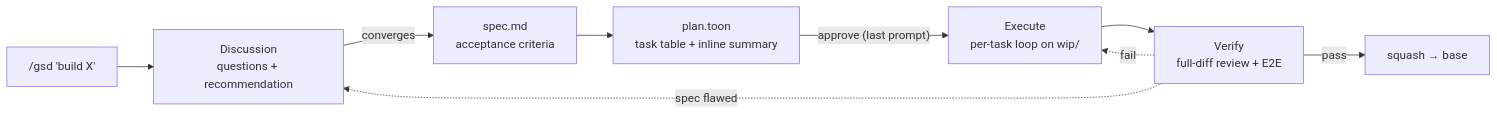
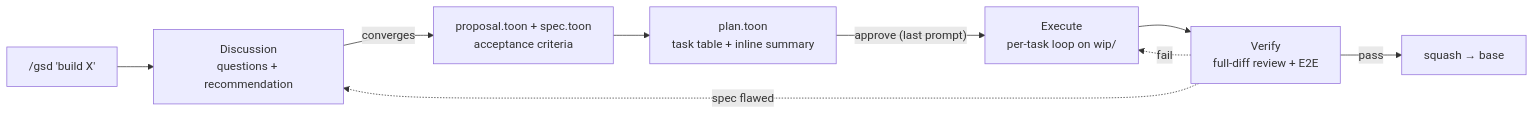
Before and after one commit to babymum7/gsd: the diagram in README.md, drawn with Mermaid. The commit also changed other lines of this file and 18 other files, not shown here.

````diff
--- a/README.md
+++ b/README.md
@@ -31,11 +30,11 @@
 ```mermaid
 flowchart LR
     U["/gsd 'build X'"] --> D[Discussion<br/>questions + recommendation]
-    D -->|converges| S[spec.md<br/>acceptance criteria]
+    D -->|converges| S[proposal.toon + spec.toon<br/>acceptance criteria]
     S --> P[plan.toon<br/>task table + inline summary]
     P -->|"approve (last prompt)"| E[Execute<br/>per-task loop on wip/]
     E --> V[Verify<br/>full-diff review + E2E]
     V -->|pass| M[squash → base]
     V -.fail.-> E
     V -.spec flawed.-> D
 ```
````
